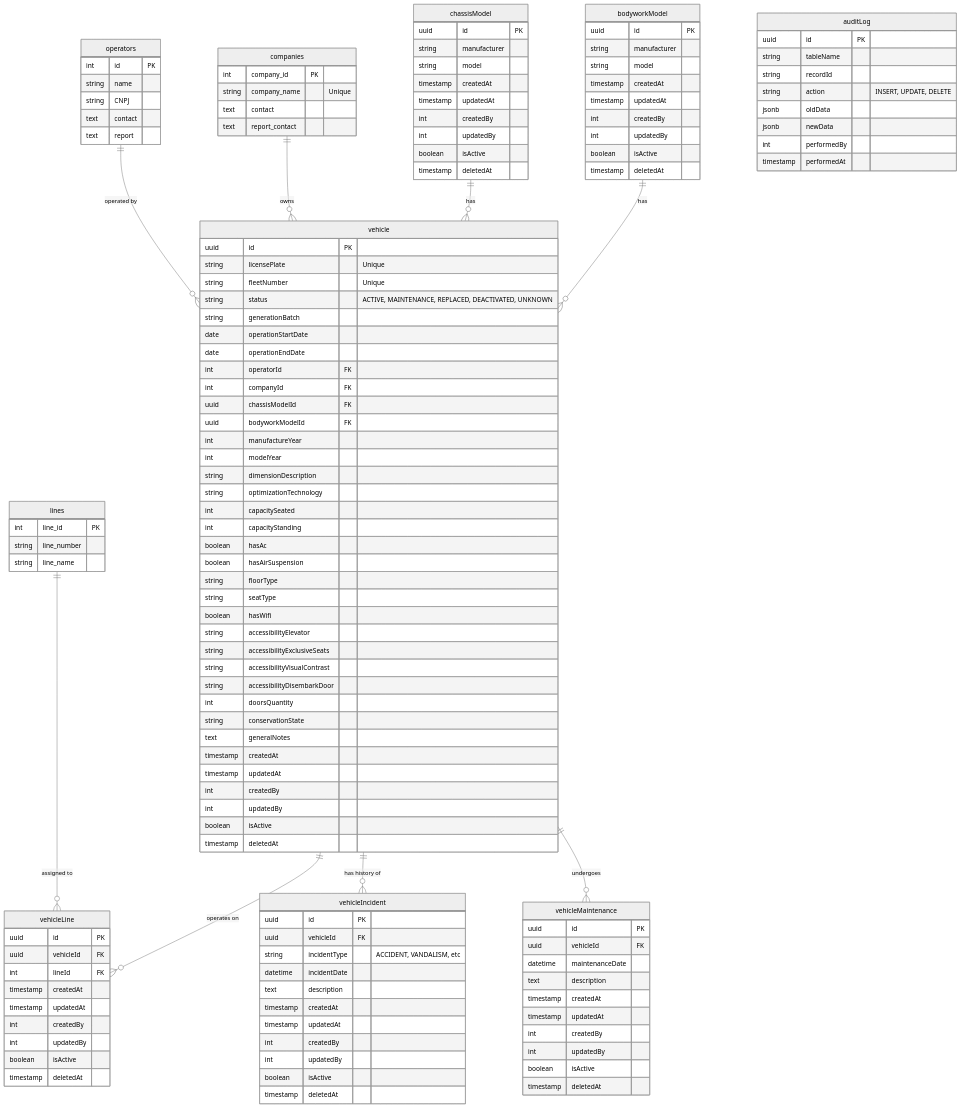
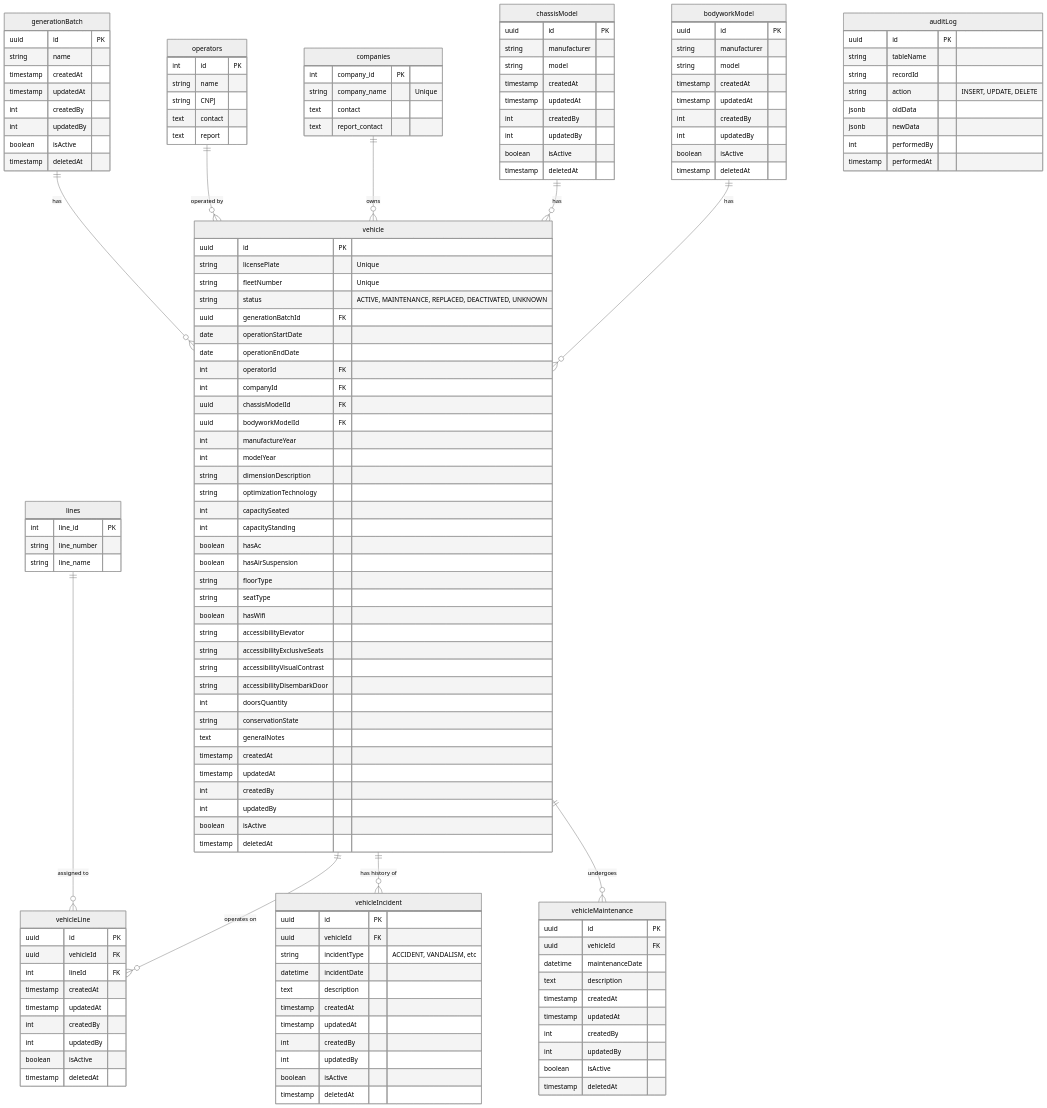
The diagram in docs/planning/bus-repo/DATABASE-DIAGRAM.md (gabriersdev/mobilidade), drawn with Mermaid (neutral theme) before and after one commit. The commit also changed 2 other files, not shown here.

Commit message:
docs: update documentation of database (feature "bus-repo")

````diff
--- a/docs/planning/bus-repo/DATABASE-DIAGRAM.md
+++ b/docs/planning/bus-repo/DATABASE-DIAGRAM.md
@@ -7,5 +7,6 @@
 ```mermaid
 erDiagram
+    generationBatch ||--o{ vehicle : "has"
     operators ||--o{ vehicle : "operated by"
     companies ||--o{ vehicle : "owns"
     chassisModel ||--o{ vehicle : "has"
@@ -21,6 +22,17 @@
         string CNPJ
         text contact
         text report
+    }
+
+    generationBatch {
+        uuid id PK
+        string name
+        timestamp createdAt
+        timestamp updatedAt
+        int createdBy
+        int updatedBy
+        boolean isActive
+        timestamp deletedAt
     }
 
     companies {
@@ -65,7 +77,7 @@
         string licensePlate "Unique"
         string fleetNumber "Unique"
         string status "ACTIVE, MAINTENANCE, REPLACED, DEACTIVATED, UNKNOWN"
-        string generationBatch
+        uuid generationBatchId FK
         date operationStartDate
         date operationEndDate
         int operatorId FK
````
